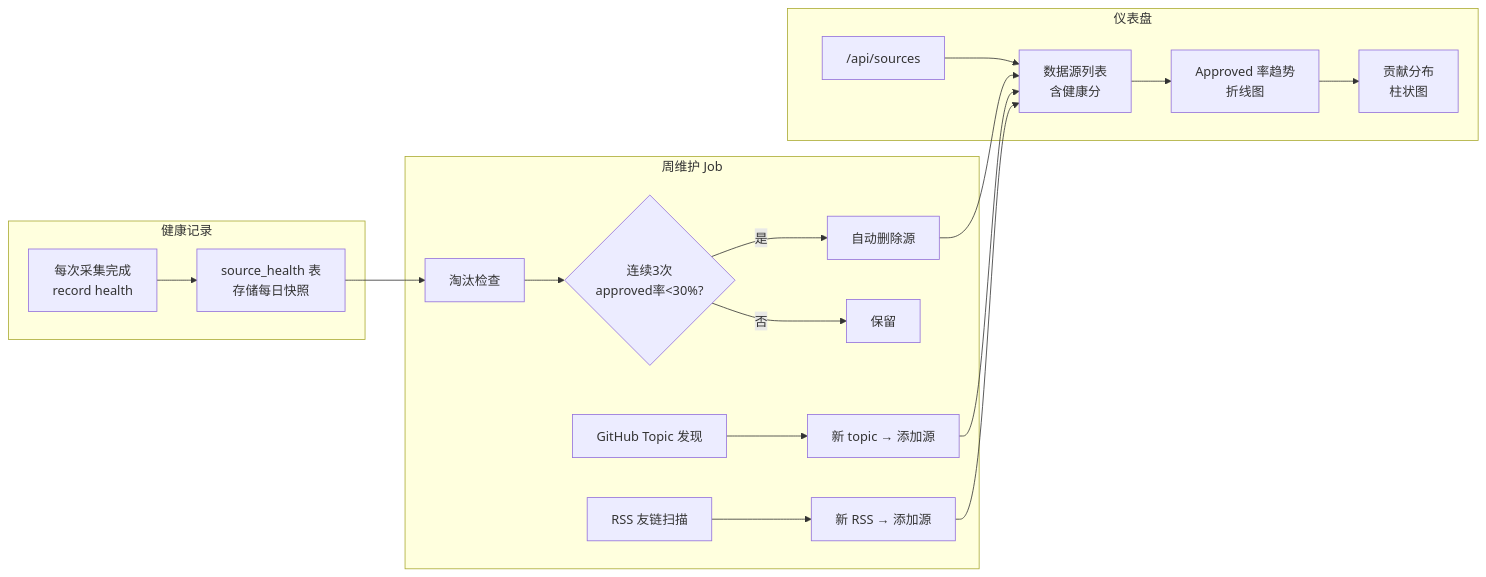
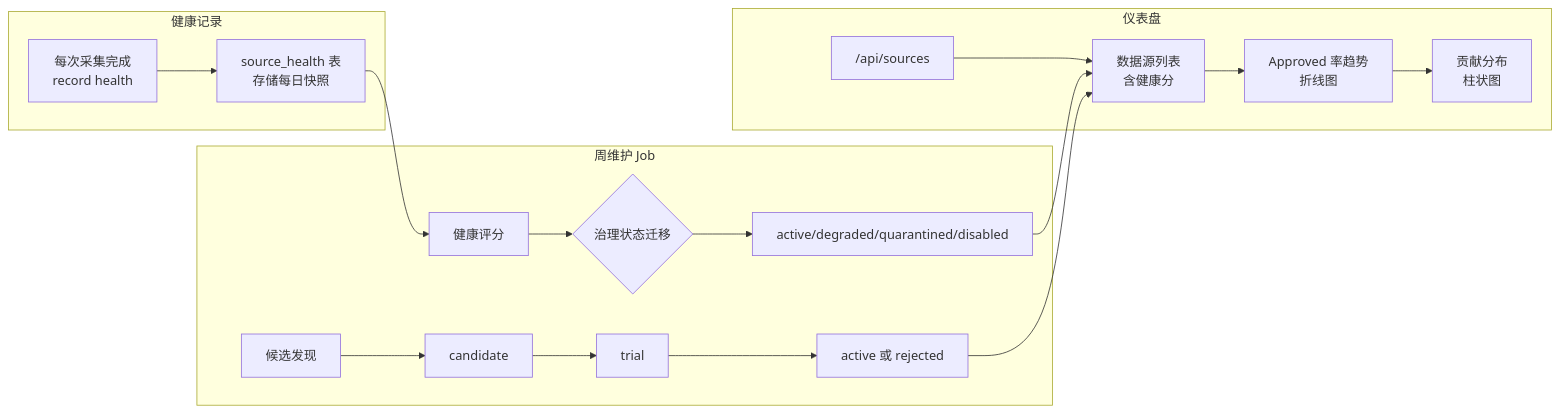
The second of 5 diagrams in README.md (kangapp/ai-knowledge-base), drawn with Mermaid before and after one commit. The commit also changed other lines of this file and 24 other files, not shown here.

````diff
--- a/README.md
+++ b/README.md
@@ -91,25 +90,24 @@
 ```mermaid
 flowchart LR
     subgraph HealthLog["健康记录"]
         H1["每次采集完成\nrecord health"] --> H2["source_health 表\n存储每日快照"]
     end
 
     subgraph WeeklyJob["周维护 Job"]
-        J1["淘汰检查"] --> J2{"连续3次\napproved率<30%?"}
-        J2 -->|是| J3["自动删除源"]
-        J2 -->|否| J4["保留"]
-        J5["GitHub Topic 发现"] --> J6["新 topic → 添加源"]
-        J7["RSS 友链扫描"] --> J8["新 RSS → 添加源"]
+        J1["健康评分"] --> J2{"治理状态迁移"}
+        J2 --> J3["active/degraded/quarantined/disabled"]
+        J4["候选发现"] --> J5["candidate"]
+        J5 --> J6["trial"]
+        J6 --> J7["active 或 rejected"]
     end
 
     subgraph Dashboard["仪表盘"]
         D1["/api/sources"] --> D2["数据源列表\n含健康分"]
         D2 --> D3["Approved 率趋势\n折线图"]
         D3 --> D4["贡献分布\n柱状图"]
     end
 
     H2 --> J1
     J3 --> D2
-    J6 --> D2
-    J8 --> D2
+    J7 --> D2
 ```
````
